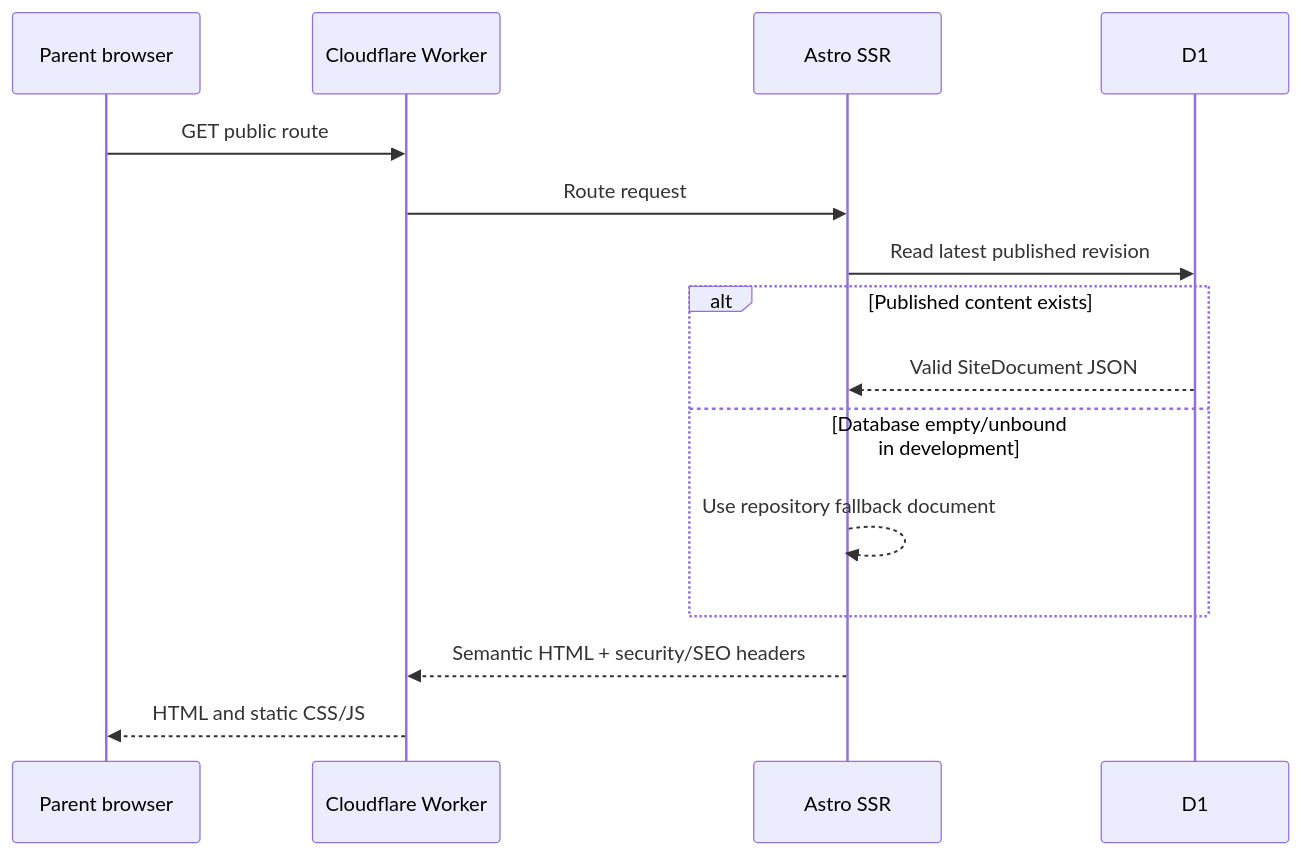
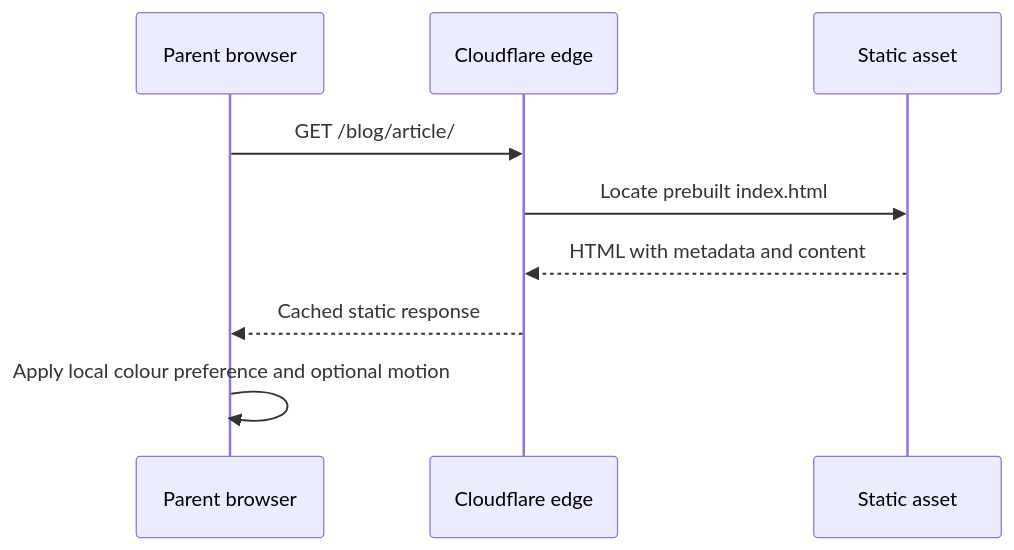
One commit to firststepmontessori/firststepmontessori changed the second of 2 diagrams in docs/09-high-level-design.md. Above: the diagram before and after it, drawn with Mermaid. The commit also changed other lines of this file and 32 other files, not shown here.

Commit message:
docs(phase-4): document and validate static Pages architecture

````diff
--- a/docs/09-high-level-design.md
+++ b/docs/09-high-level-design.md
@@ -27,17 +27,11 @@
 ```mermaid
 sequenceDiagram
     participant P as Parent browser
-    participant W as Cloudflare Worker
-    participant A as Astro SSR
-    participant D as D1
-    P->>W: GET public route
-    W->>A: Route request
-    A->>D: Read latest published revision
-    alt Published content exists
-        D-->>A: Valid SiteDocument JSON
-    else Database empty/unbound in development
-        A-->>A: Use repository fallback document
-    end
-    A-->>W: Semantic HTML + security/SEO headers
-    W-->>P: HTML and static CSS/JS
+    participant E as Cloudflare edge
+    participant A as Static asset
+    P->>E: GET /blog/article/
+    E->>A: Locate prebuilt index.html
+    A-->>E: HTML with metadata and content
+    E-->>P: Cached static response
+    P->>P: Apply local colour preference and optional motion
 ```
````
